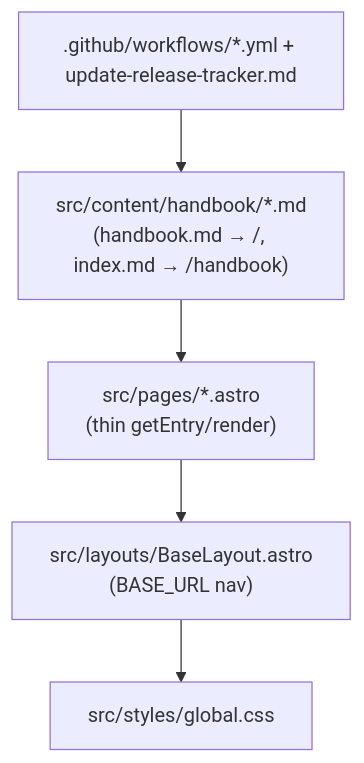
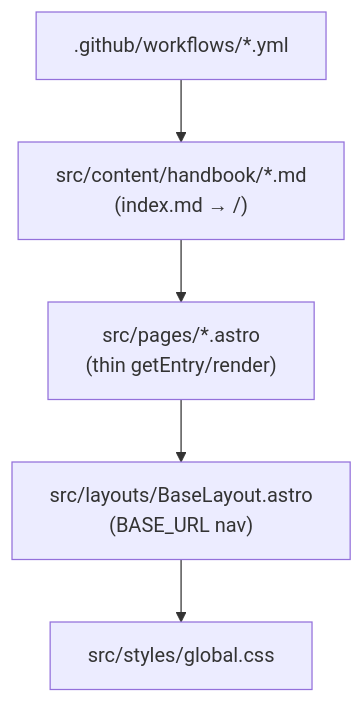
The diagram in .github/instructions/repo-discovery-guide.instructions.md (aosama/copilot-cli-handbook), drawn with Mermaid before and after one commit. The commit also changed other lines of this file and 18 other files, not shown here.

````diff
--- a/.github/instructions/repo-discovery-guide.instructions.md
+++ b/.github/instructions/repo-discovery-guide.instructions.md
@@ -54,7 +53,7 @@
 ```mermaid
 graph TB
-    Content["src/content/handbook/*.md<br/>(handbook.md → /, index.md → /handbook)"] --> Pages["src/pages/*.astro<br/>(thin getEntry/render)"]
+    Content["src/content/handbook/*.md<br/>(index.md → /)"] --> Pages["src/pages/*.astro<br/>(thin getEntry/render)"]
     Pages --> Layout["src/layouts/BaseLayout.astro<br/>(BASE_URL nav)"]
     Layout --> Styles["src/styles/global.css"]
-    Workflows[".github/workflows/*.yml + update-release-tracker.md"] --> Content
+    Workflows[".github/workflows/*.yml"] --> Content
 ```
````
